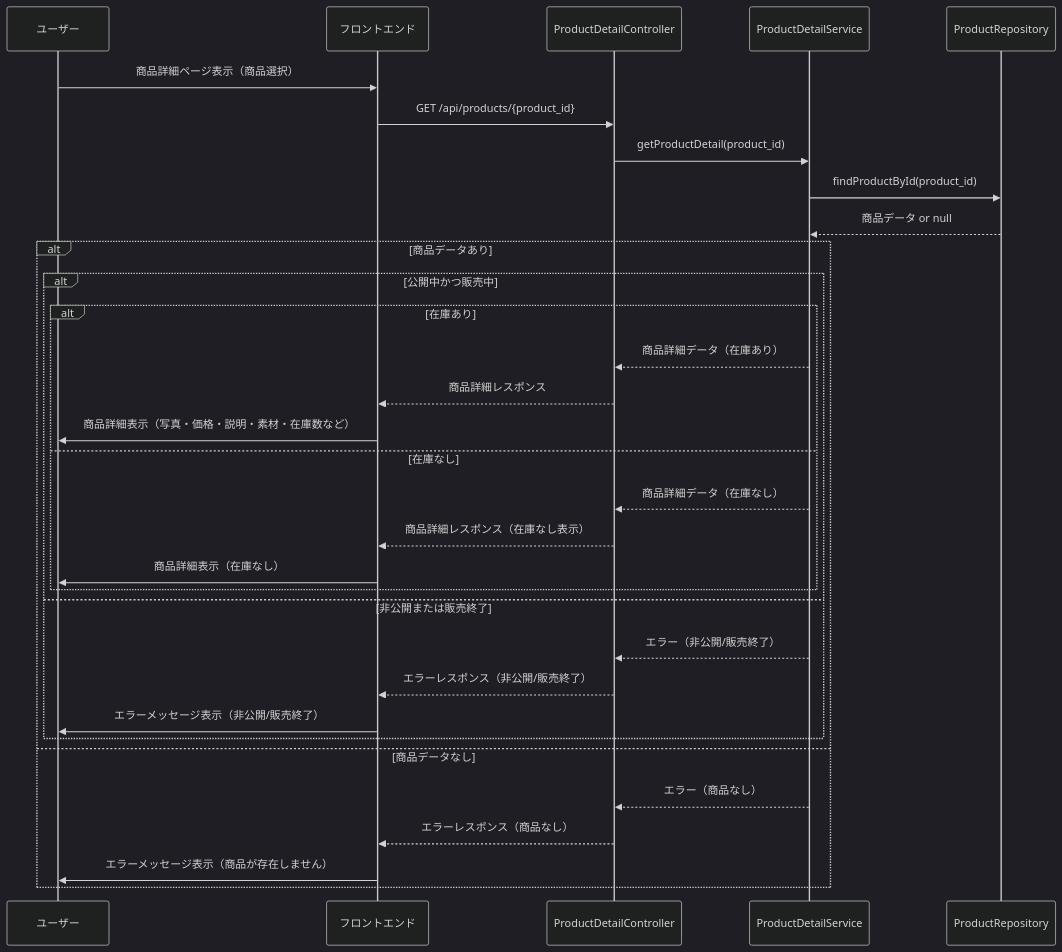
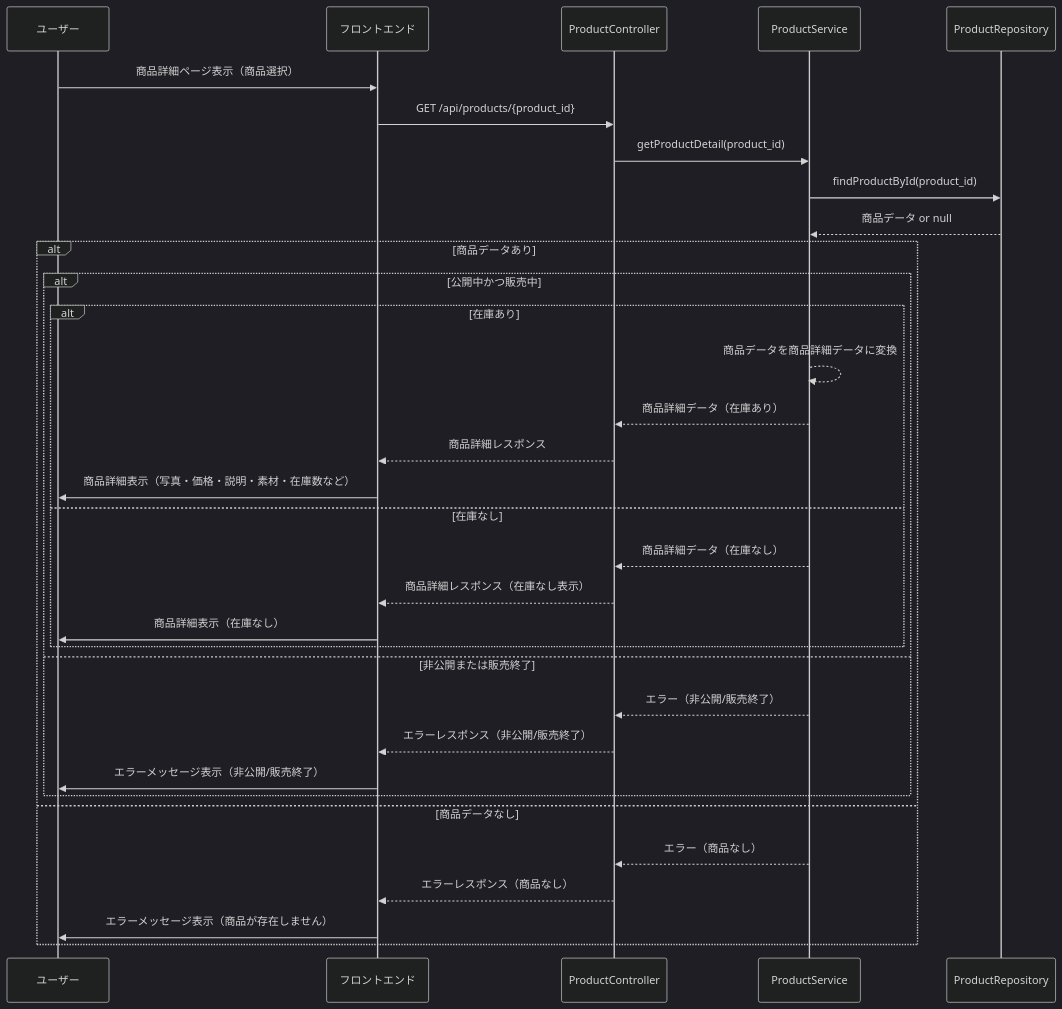
One commit to Aoi-Yaegashi/teamF changed the third of 37 diagrams in 詳細設計/担当B_村田/3.2 機能詳細.md. Above: the diagram before and after it, drawn with Mermaid (dark theme). The commit also changed other lines of this file and 1 other file, not shown here.

```diff
--- a/詳細設計/担当B_村田/3.2 機能詳細.md
+++ b/詳細設計/担当B_村田/3.2 機能詳細.md
@@ -86,44 +71,45 @@
    <div class="mermaid">
 sequenceDiagram
     participant User as ユーザー
     participant FE as フロントエンド
-    participant PDC as ProductDetailController
-    participant PDS as ProductDetailService
+    participant PDC as ProductController
+    participant PDS as ProductService
     participant ProdRepo as ProductRepository
 
     %% ユーザーが商品詳細ページを表示
     User->>FE: 商品詳細ページ表示（商品選択）
 
     %% フロントエンドがAPI呼び出し
     FE->>PDC: GET /api/products/{product_id}
 
     %% コントローラがサービスに処理を依頼
     PDC->>PDS: getProductDetail(product_id)
 
     %% サービスが商品リポジトリに問い合わせ
     PDS->>ProdRepo: findProductById(product_id)
     ProdRepo-->>PDS: 商品データ or null
 
     %% サービスで商品状態を判定
     alt 商品データあり
         alt 公開中かつ販売中
             alt 在庫あり
+                PDS-->>PDS: 商品データを商品詳細データに変換
                 PDS-->>PDC: 商品詳細データ（在庫あり）
                 PDC-->>FE: 商品詳細レスポンス
                 FE->>User: 商品詳細表示（写真・価格・説明・素材・在庫数など）
             else 在庫なし
                 PDS-->>PDC: 商品詳細データ（在庫なし）
                 PDC-->>FE: 商品詳細レスポンス（在庫なし表示）
                 FE->>User: 商品詳細表示（在庫なし）
             end
         else 非公開または販売終了
             PDS-->>PDC: エラー（非公開/販売終了）
             PDC-->>FE: エラーレスポンス（非公開/販売終了）
             FE->>User: エラーメッセージ表示（非公開/販売終了）
         end
     else 商品データなし
         PDS-->>PDC: エラー（商品なし）
         PDC-->>FE: エラーレスポンス（商品なし）
         FE->>User: エラーメッセージ表示（商品が存在しません）
     end
 </div>
```
